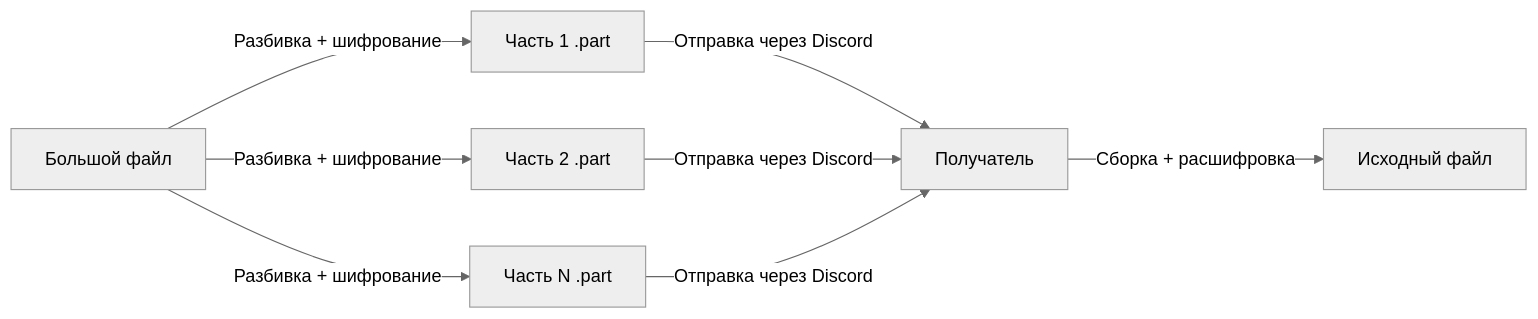
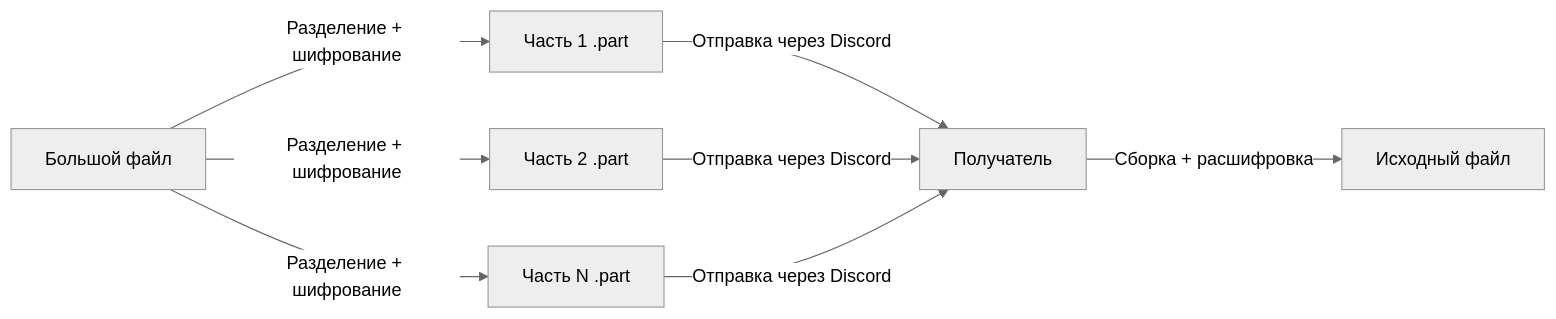
Before and after one commit to Antoniwankow/Discord-file-splitter: the first of 2 diagrams in README.md, drawn with Mermaid (neutral theme). The commit also changed other lines of this file, not shown here.

````diff
--- a/README.md
+++ b/README.md
@@ -54,10 +54,10 @@
 ```mermaid
 graph LR
-    A[Большой файл] -->|Разбивка + шифрование| B[Часть 1 .part]
-    A -->|Разбивка + шифрование| C[Часть 2 .part]
-    A -->|Разбивка + шифрование| D[Часть N .part]
+    A[Большой файл] -->|Разделение + шифрование| B[Часть 1 .part]
+    A -->|Разделение + шифрование| C[Часть 2 .part]
+    A -->|Разделение + шифрование| D[Часть N .part]
     B -->|Отправка через Discord| E[Получатель]
     C -->|Отправка через Discord| E
     D -->|Отправка через Discord| E
     E -->|Сборка + расшифровка| F[Исходный файл]
 ```
````
